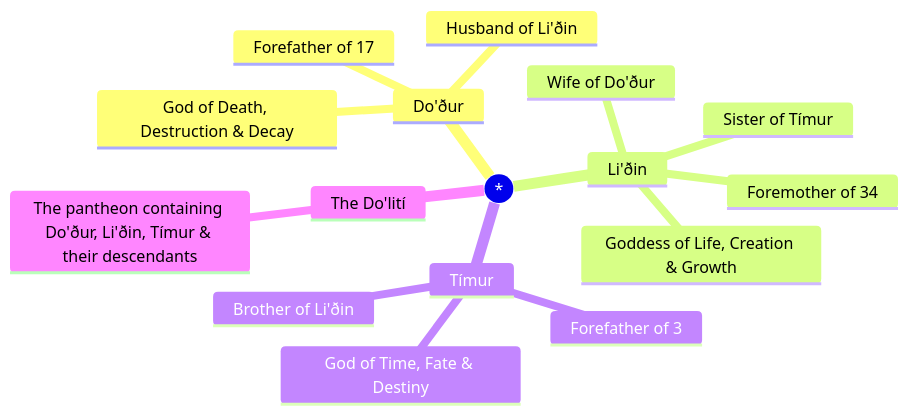
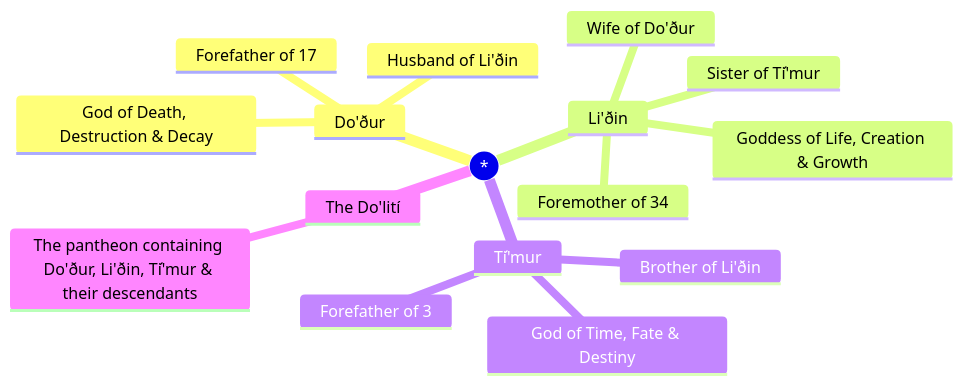
One commit to JactusTheCactus/conscript-font-gen changed the fourth of 5 diagrams in mermaid.md. Above: the diagram before and after it, drawn with Mermaid. The commit also changed other lines of this file and 3 other files, not shown here.

````diff
--- a/mermaid.md
+++ b/mermaid.md
@@ -45,19 +45,19 @@
 ```mermaid
 mindmap
 ((*))
 	Do'ður
 		God of Death, Destruction & Decay
 		Husband of Li'ðin
 		Forefather of 17
 	Li'ðin
 		Goddess of Life, Creation & Growth
 		Wife of Do'ður
-		Sister of Tímur
+		Sister of Ti'́mur
 		Foremother of 34
-	Tímur
+	Ti'́mur
 		God of Time, Fate & Destiny
 		Brother of Li'ðin
 		Forefather of 3
 	The Do'lití
-		The pantheon containing Do'ður, Li'ðin, Tímur & their descendants
+		The pantheon containing Do'ður, Li'ðin, Ti'́mur & their descendants
 ```
````
